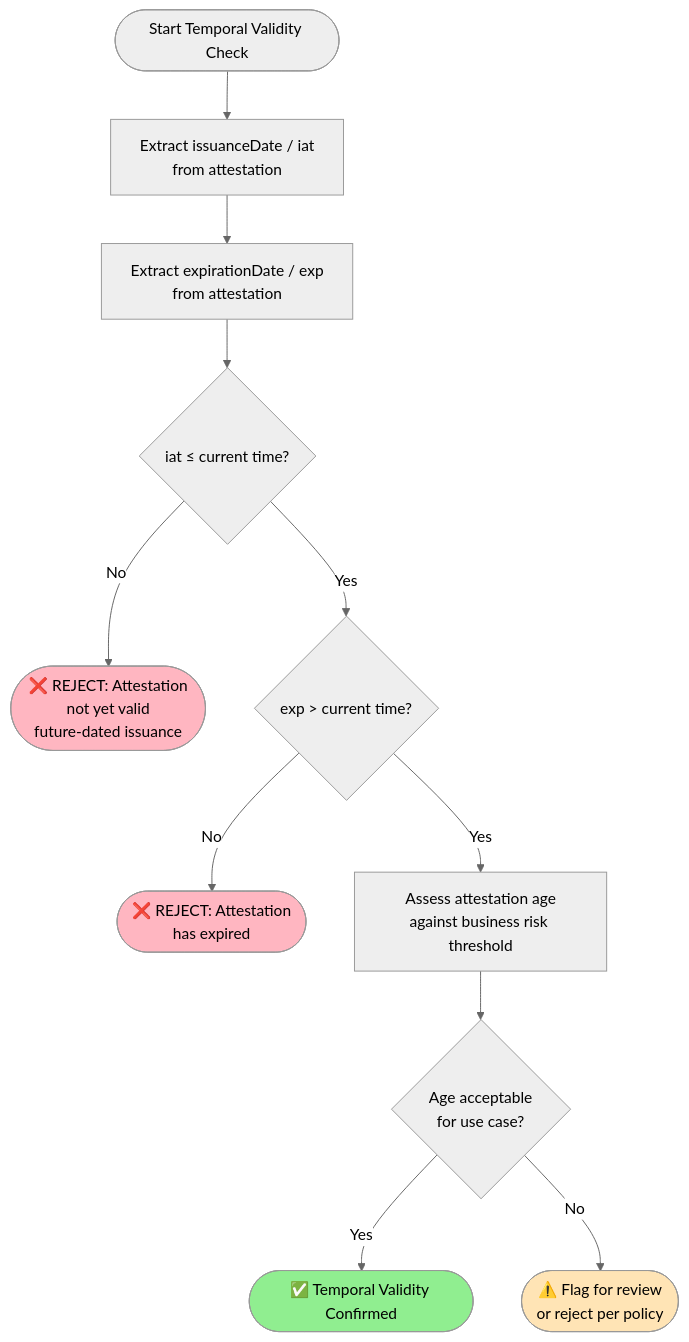
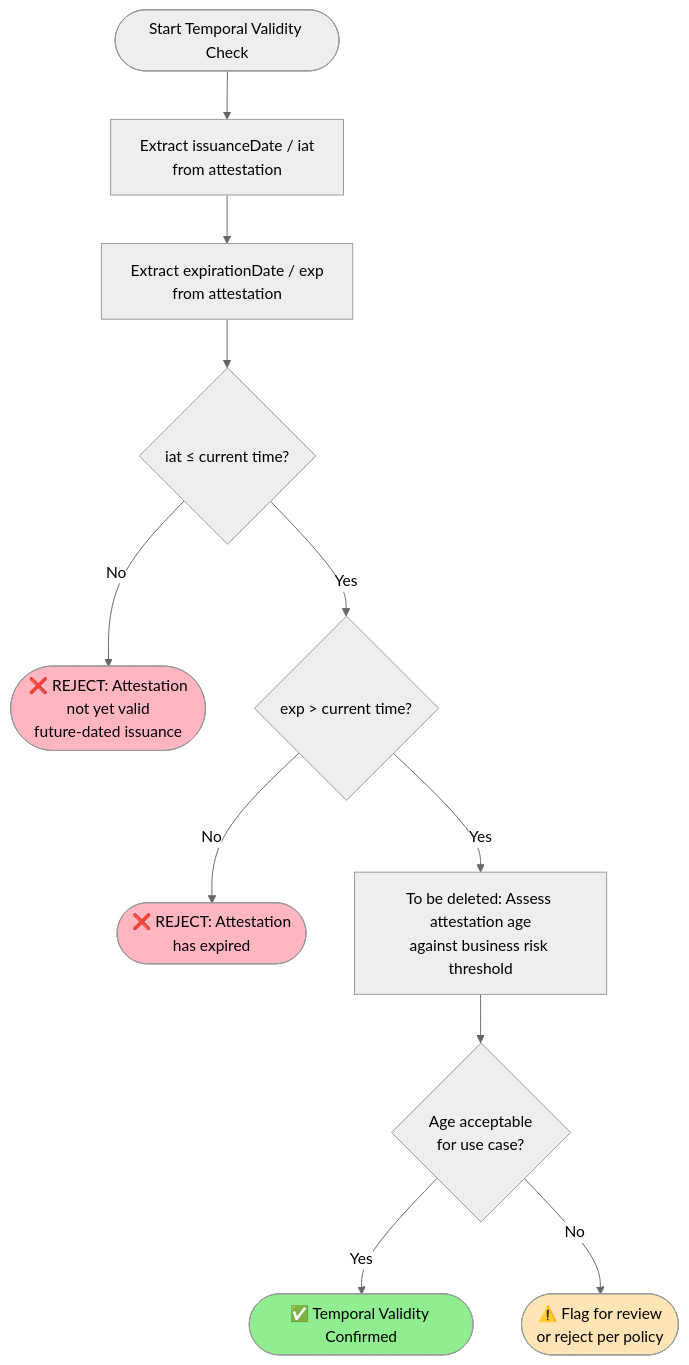
Before and after one commit to webuild-consortium/webuild-attestation-rulebooks-catalog: the fourth of 7 diagrams in rulebooks/rb-base/verifier-base-verification.md, drawn with Mermaid (neutral theme). The commit also changed other lines of this file, not shown here.

````diff
--- a/rulebooks/rb-base/verifier-base-verification.md
+++ b/rulebooks/rb-base/verifier-base-verification.md
@@ -212,18 +228,18 @@
 ```mermaid
 flowchart TD
 A([Start Temporal Validity Check]) --> B[Extract issuanceDate / iat\nfrom attestation]
 B --> C[Extract expirationDate / exp\nfrom attestation]
 C --> D{iat ≤ current time?}
 D -- No --> E([❌ REJECT: Attestation\nnot yet valid\nfuture-dated issuance])
 D -- Yes --> F{exp > current time?}
 F -- No --> G([❌ REJECT: Attestation\nhas expired])
-F -- Yes --> H[Assess attestation age\nagainst business risk threshold]
+F -- Yes --> H[To be deleted: Assess attestation age\nagainst business risk threshold]
 H --> I{Age acceptable\nfor use case?}
 I -- Yes --> J([✅ Temporal Validity Confirmed])
 I -- No --> K([⚠️ Flag for review\nor reject per policy])
 
     style J fill:#90EE90
     style E fill:#FFB6C1
     style G fill:#FFB6C1
     style K fill:#FFE4B5
 ```
````
